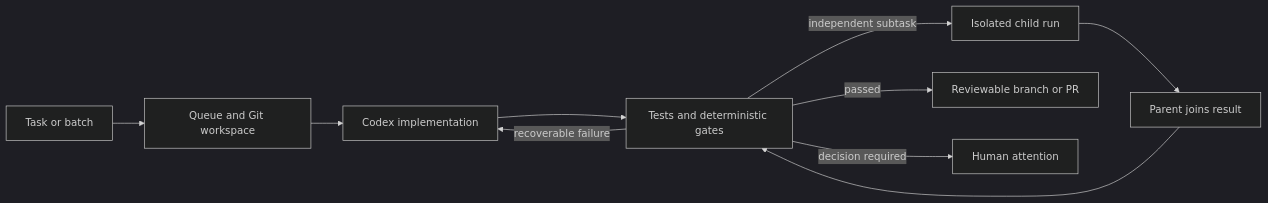
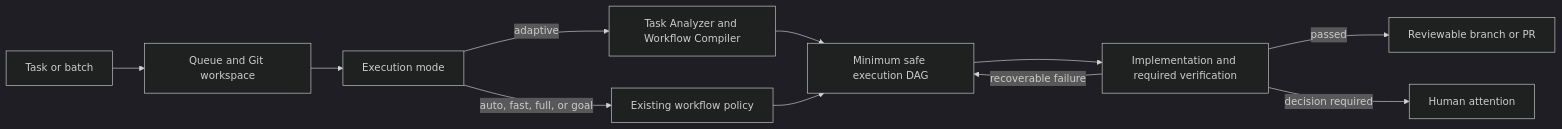
Before and after one commit to mdvcode/agents: the diagram in README.md, drawn with Mermaid (dark theme). The commit also changed other lines of this file and 1 other file, not shown here.

Commit message:
Document adaptive execution mode

````diff
--- a/README.md
+++ b/README.md
@@ -9,12 +9,13 @@
 ```mermaid
 flowchart LR
     A["Task or batch"] --> B["Queue and Git workspace"]
-    B --> C["Codex implementation"]
-    C --> D["Tests and deterministic gates"]
-    D -->|"recoverable failure"| C
-    D -->|"independent subtask"| E["Isolated child run"]
-    E --> F["Parent joins result"]
-    F --> D
-    D -->|"passed"| G["Reviewable branch or PR"]
-    D -->|"decision required"| H["Human attention"]
+    B --> C["Execution mode"]
+    C -->|"adaptive"| D["Task Analyzer and Workflow Compiler"]
+    C -->|"auto, fast, full, or goal"| E["Existing workflow policy"]
+    D --> F["Minimum safe execution DAG"]
+    E --> F
+    F --> G["Implementation and required verification"]
+    G -->|"recoverable failure"| F
+    G -->|"passed"| H["Reviewable branch or PR"]
+    G -->|"decision required"| I["Human attention"]
 ```
````
